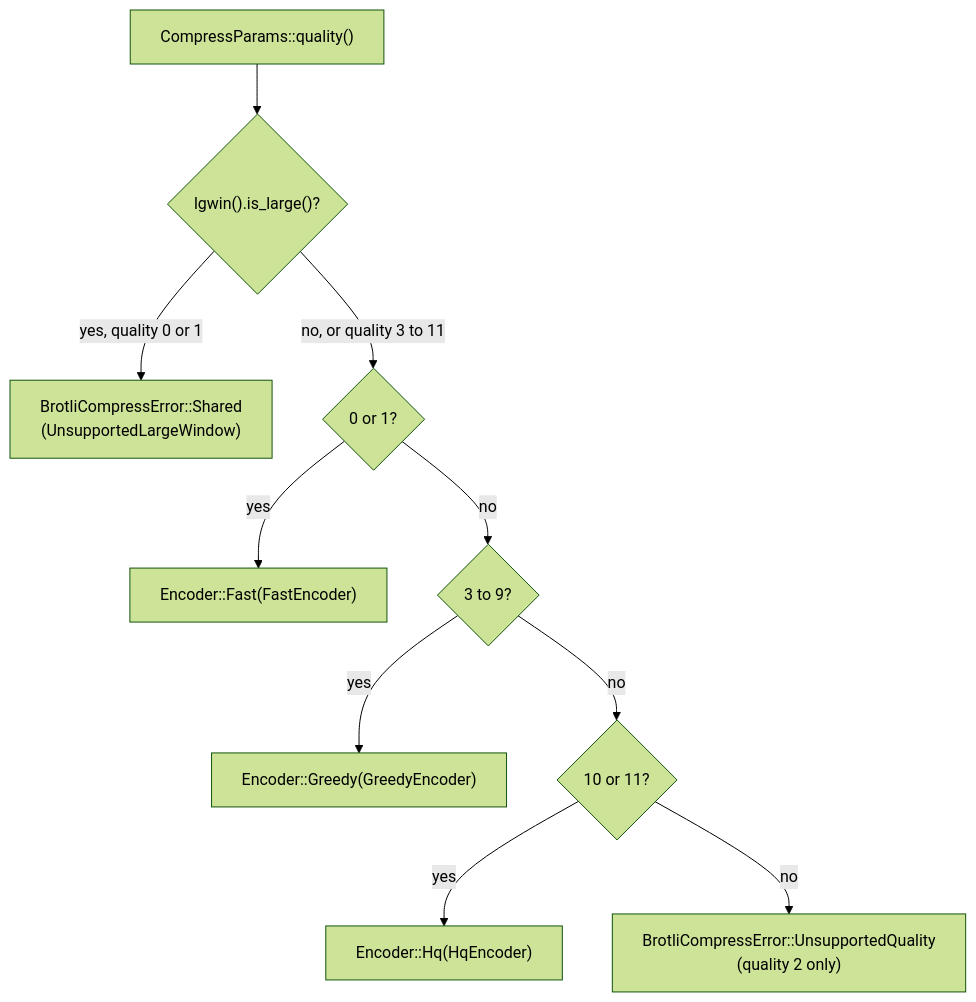
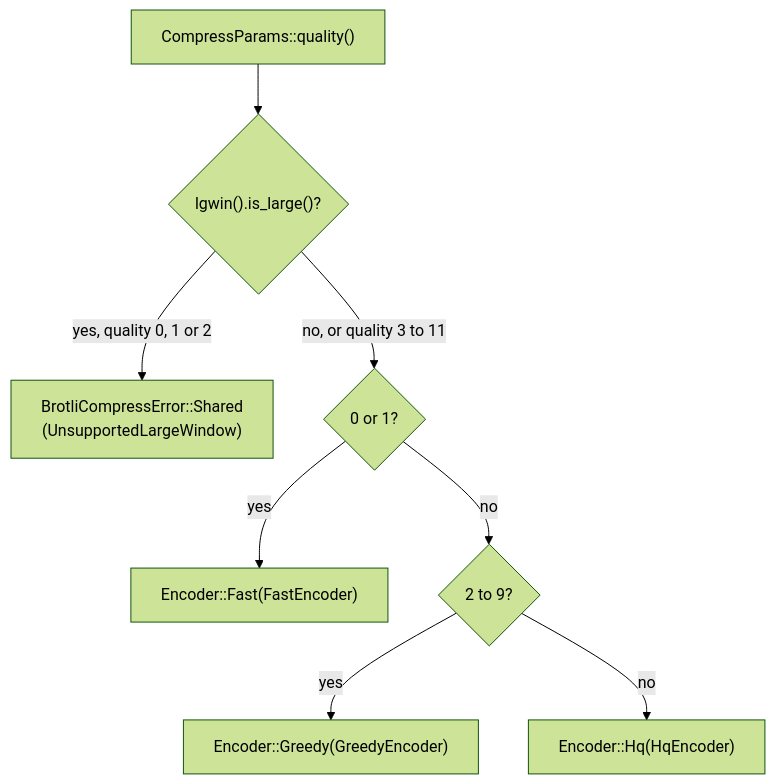
Before and after one commit to Mnwa/mbrotli: the third of 9 diagrams in architecture/compressor.md, drawn with Mermaid (forest theme). The commit also changed other lines of this file and 59 other files, not shown here.

````diff
--- a/architecture/compressor.md
+++ b/architecture/compressor.md
@@ -210,12 +213,10 @@
 ```mermaid
 flowchart TD
     q["CompressParams::quality()"] --> lw{"lgwin().is_large()?"}
-    lw -->|yes, quality 0 or 1| lwerr["BrotliCompressError::Shared<br/>(UnsupportedLargeWindow)"]
+    lw -->|"yes, quality 0, 1 or 2"| lwerr["BrotliCompressError::Shared<br/>(UnsupportedLargeWindow)"]
     lw -->|"no, or quality 3 to 11"| fast{"0 or 1?"}
     fast -->|yes| f["Encoder::Fast(FastEncoder)"]
-    fast -->|no| greedy{"3 to 9?"}
+    fast -->|no| greedy{"2 to 9?"}
     greedy -->|yes| g["Encoder::Greedy(GreedyEncoder)"]
-    greedy -->|no| hq{"10 or 11?"}
-    hq -->|yes| h["Encoder::Hq(HqEncoder)"]
-    hq -->|no| err["BrotliCompressError::UnsupportedQuality<br/>(quality 2 only)"]
+    greedy -->|no| h["Encoder::Hq(HqEncoder)"]
 ```
````
